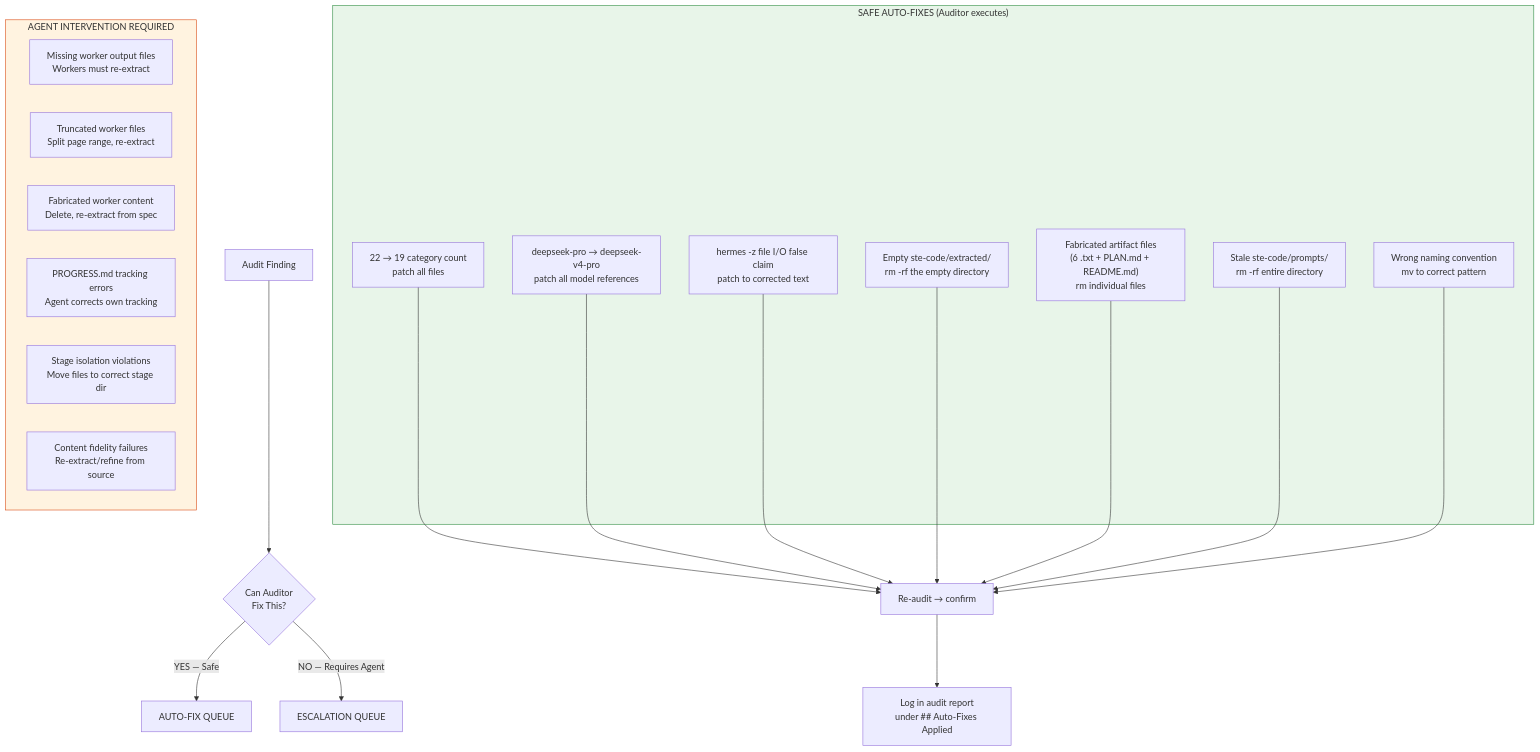
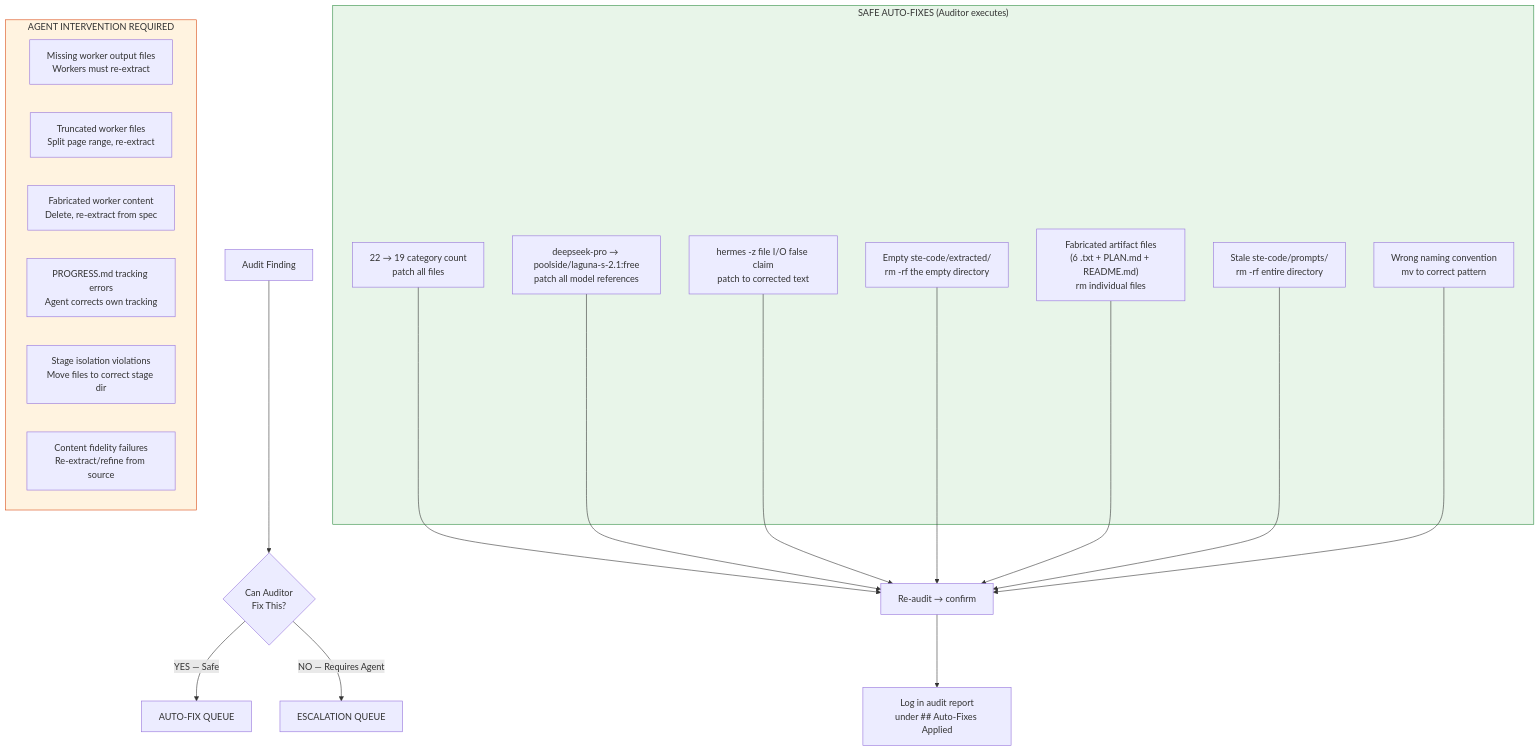
One commit to NikolaRHristov/STE-Code changed the tenth of 26 diagrams in .agents/uml/error-recovery.md. Above: the diagram before and after it, drawn with Mermaid. The commit also changed other lines of this file and 37 other files, not shown here.

First line of the commit message:
docs(references): update model references and extract correct documentation

````diff
--- a/.agents/uml/error-recovery.md
+++ b/.agents/uml/error-recovery.md
@@ -358,39 +358,39 @@
 ```mermaid
 flowchart TD
     FINDING["Audit Finding"] --> CAN_I{"Can Auditor<br/>Fix This?"}
 
     CAN_I -->|"YES — Safe"| AUTO["AUTO-FIX QUEUE"]
     CAN_I -->|"NO — Requires Agent"| ESCALATE["ESCALATION QUEUE"]
 
     subgraph AUTO_FIXES["SAFE AUTO-FIXES (Auditor executes)"]
         AF1["22 → 19 category count<br/>patch all files"]
-        AF2["deepseek-pro → deepseek-v4-pro<br/>patch all model references"]
+        AF2["deepseek-pro → poolside/laguna-s-2.1:free<br/>patch all model references"]
         AF3["hermes -z file I/O false claim<br/>patch to corrected text"]
         AF4["Empty ste-code/extracted/<br/>rm -rf the empty directory"]
         AF5["Fabricated artifact files<br/>(6 .txt + PLAN.md + README.md)<br/>rm individual files"]
         AF6["Stale ste-code/prompts/<br/>rm -rf entire directory"]
         AF7["Wrong naming convention<br/>mv to correct pattern"]
     end
 
     subgraph ESCALATIONS["AGENT INTERVENTION REQUIRED"]
         E1["Missing worker output files<br/>Workers must re-extract"]
         E2["Truncated worker files<br/>Split page range, re-extract"]
         E3["Fabricated worker content<br/>Delete, re-extract from spec"]
         E4["PROGRESS.md tracking errors<br/>Agent corrects own tracking"]
         E5["Stage isolation violations<br/>Move files to correct stage dir"]
         E6["Content fidelity failures<br/>Re-extract/refine from source"]
     end
 
     AF1 --> REAUDIT1["Re-audit → confirm"]
     AF2 --> REAUDIT1
     AF3 --> REAUDIT1
     AF4 --> REAUDIT1
     AF5 --> REAUDIT1
     AF6 --> REAUDIT1
     AF7 --> REAUDIT1
 
     REAUDIT1 --> LOG1["Log in audit report<br/>under ## Auto-Fixes Applied"]
 
     style AUTO_FIXES fill:#e8f5e9,stroke:#2b8a3e
     style ESCALATIONS fill:#fff3e0,stroke:#d9480f
 ```
````
